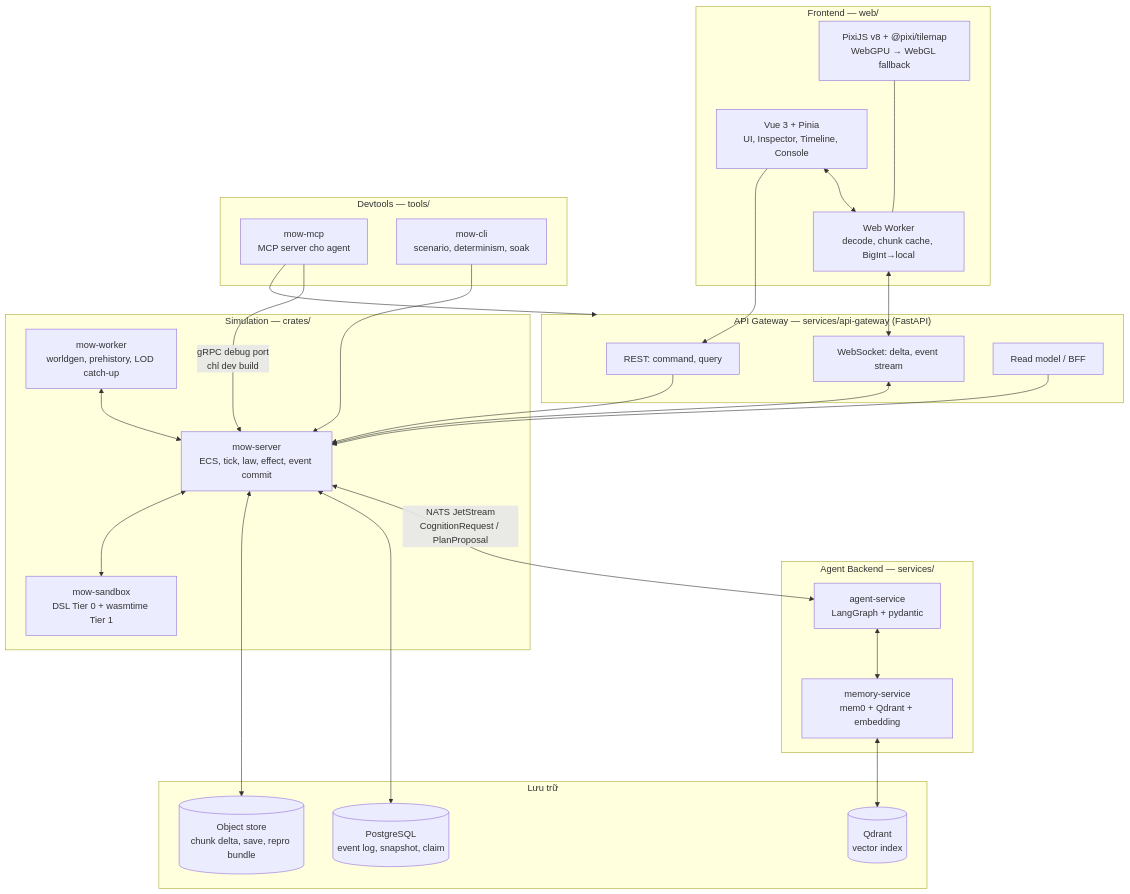
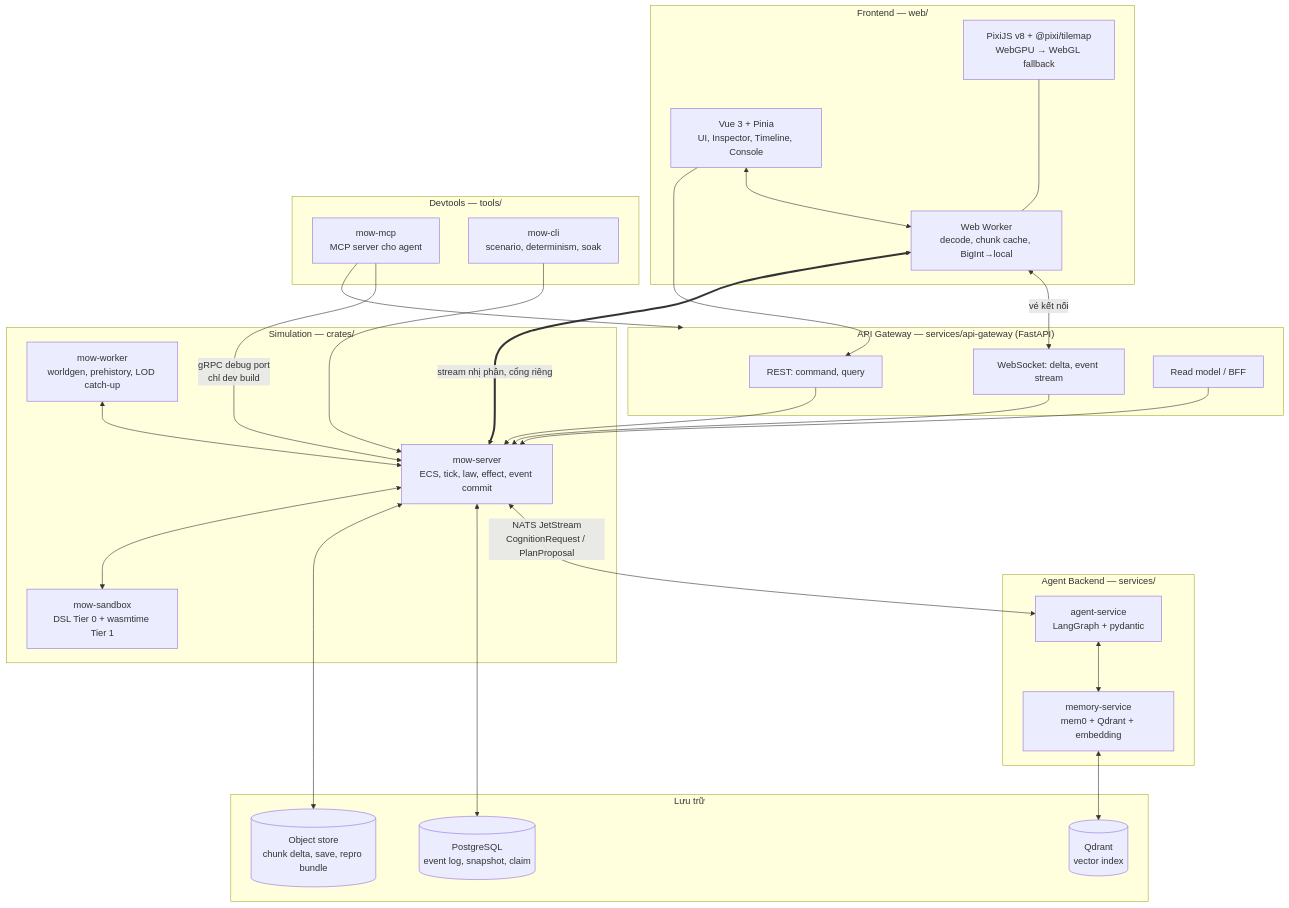
Before and after one commit to hotamago/MyOpenWorld: the diagram in docs/plan.md, drawn with Mermaid. The commit also changed other lines of this file and 2 other files, not shown here.

````diff
--- a/docs/plan.md
+++ b/docs/plan.md
@@ -22,54 +22,55 @@
 ```mermaid
 flowchart TB
     subgraph FE["Frontend — web/"]
         VUE["Vue 3 + Pinia<br/>UI, Inspector, Timeline, Console"]
         PIXI["PixiJS v8 + @pixi/tilemap<br/>WebGPU → WebGL fallback"]
         WRK["Web Worker<br/>decode, chunk cache, BigInt→local"]
     end
 
     subgraph GW["API Gateway — services/api-gateway (FastAPI)"]
         REST["REST: command, query"]
         WS["WebSocket: delta, event stream"]
         BFF["Read model / BFF"]
     end
 
     subgraph AI["Agent Backend — services/"]
         AG["agent-service<br/>LangGraph + pydantic"]
         MEM["memory-service<br/>mem0 + Qdrant + embedding"]
     end
 
     subgraph SIM["Simulation — crates/"]
         CORE["mow-server<br/>ECS, tick, law, effect, event commit"]
         WORKER["mow-worker<br/>worldgen, prehistory, LOD catch-up"]
         SBX["mow-sandbox<br/>DSL Tier 0 + wasmtime Tier 1"]
     end
 
     subgraph DATA["Lưu trữ"]
         PG[("PostgreSQL<br/>event log, snapshot, claim")]
         QD[("Qdrant<br/>vector index")]
         OBJ[("Object store<br/>chunk delta, save, repro bundle")]
     end
 
     subgraph DEV["Devtools — tools/"]
         MCP["mow-mcp<br/>MCP server cho agent"]
         CLI["mow-cli<br/>scenario, determinism, soak"]
     end
 
     VUE <--> WRK
-    WRK <--> WS
+    WRK <-->|"vé kết nối"| WS
     VUE --> REST
     PIXI <--- WRK
     REST --> CORE
-    WS <--> CORE
+    WS --> CORE
     BFF --> CORE
+    WRK <==>|"stream nhị phân, cổng riêng"| CORE
     CORE <-->|"NATS JetStream<br/>CognitionRequest / PlanProposal"| AG
     AG <--> MEM
     MEM <--> QD
     CORE <--> PG
     CORE <--> OBJ
     CORE <--> SBX
     WORKER <--> CORE
     MCP -->|"gRPC debug port<br/>chỉ dev build"| CORE
     MCP --> GW
     CLI --> CORE
 ```
````
